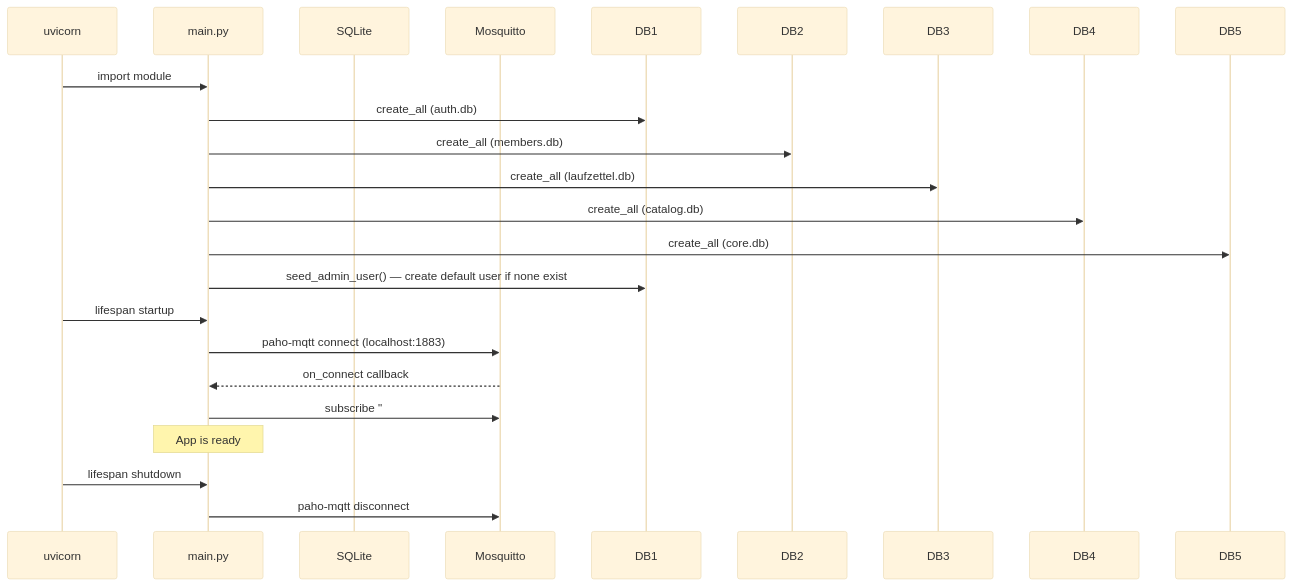
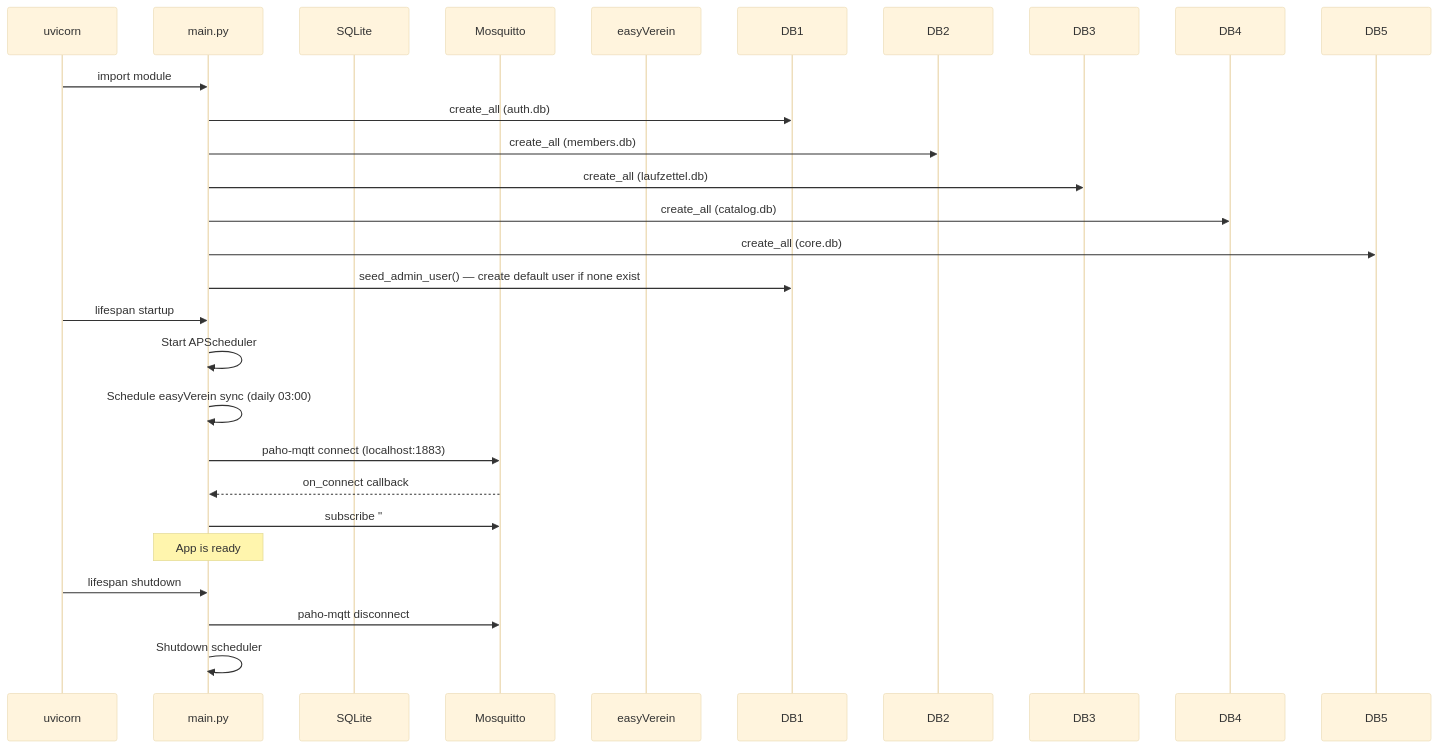
Before and after one commit to AlexErlewein/MakerPi_GroundControl: the second of 2 diagrams in docs/05-system-architecture.en.md, drawn with Mermaid (base theme). The commit also changed other lines of this file and 5 other files, not shown here.

````diff
--- a/docs/05-system-architecture.en.md
+++ b/docs/05-system-architecture.en.md
@@ -118,22 +124,26 @@
 ```mermaid
 sequenceDiagram
     participant UV as uvicorn
     participant APP as main.py
     participant DB as SQLite
     participant MQ as Mosquitto
+    participant EV as easyVerein
 
     UV->>APP: import module
     APP->>DB1: create_all (auth.db)
     APP->>DB2: create_all (members.db)
     APP->>DB3: create_all (laufzettel.db)
     APP->>DB4: create_all (catalog.db)
     APP->>DB5: create_all (core.db)
     APP->>DB1: seed_admin_user() — create default user if none exist
     UV->>APP: lifespan startup
+    APP->>APP: Start APScheduler
+    APP->>APP: Schedule easyVerein sync (daily 03:00)
     APP->>MQ: paho-mqtt connect (localhost:1883)
     MQ-->>APP: on_connect callback
     APP->>MQ: subscribe "#" (all topics)
     Note over APP: App is ready
     UV->>APP: lifespan shutdown
     APP->>MQ: paho-mqtt disconnect
+    APP->>APP: Shutdown scheduler
 ```
````
